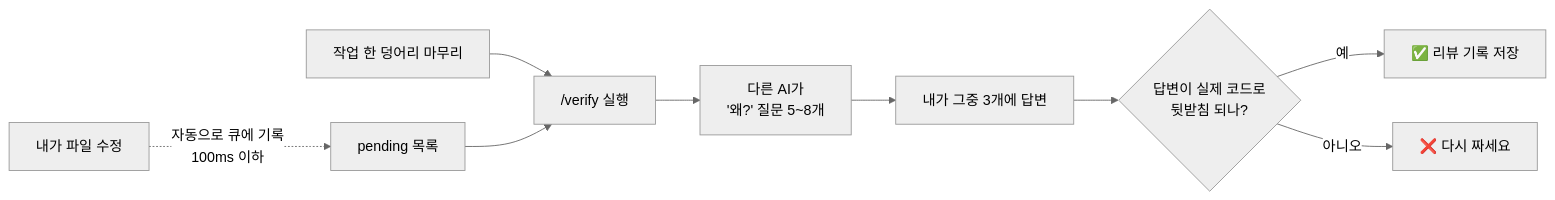
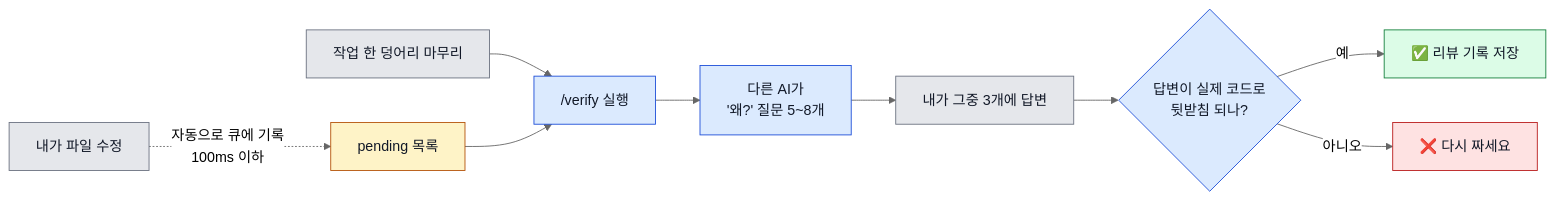
The second of 3 diagrams in README.md (Jimmy-Jung/ai-symbiote), drawn with Mermaid (neutral theme) before and after one commit. The commit also changed other lines of this file and 10 other files, not shown here.

Commit message:
docs(mermaid): 다이어그램 대비 색상 개선

````diff
--- a/README.md
+++ b/README.md
@@ -103,11 +112,21 @@
 ```mermaid
 flowchart LR
     A["내가 파일 수정"] -.->|자동으로 큐에 기록<br/>100ms 이하| B["pending 목록"]
     C["작업 한 덩어리 마무리"] --> D["/verify 실행"]
     B --> D
     D --> E["다른 AI가<br/>'왜?' 질문 5~8개"]
     E --> F["내가 그중 3개에 답변"]
     F --> G{"답변이 실제 코드로<br/>뒷받침 되나?"}
     G -->|예| H["✅ 리뷰 기록 저장"]
     G -->|아니오| I["❌ 다시 짜세요"]
+
+    style A fill:#e5e7eb,stroke:#6b7280,color:#111827
+    style B fill:#fef3c7,stroke:#b45309,color:#111827
+    style C fill:#e5e7eb,stroke:#6b7280,color:#111827
+    style D fill:#dbeafe,stroke:#1d4ed8,color:#111827
+    style E fill:#dbeafe,stroke:#1d4ed8,color:#111827
+    style F fill:#e5e7eb,stroke:#6b7280,color:#111827
+    style G fill:#dbeafe,stroke:#1d4ed8,color:#111827
+    style H fill:#dcfce7,stroke:#15803d,color:#111827
+    style I fill:#fee2e2,stroke:#b91c1c,color:#111827
 ```
````
